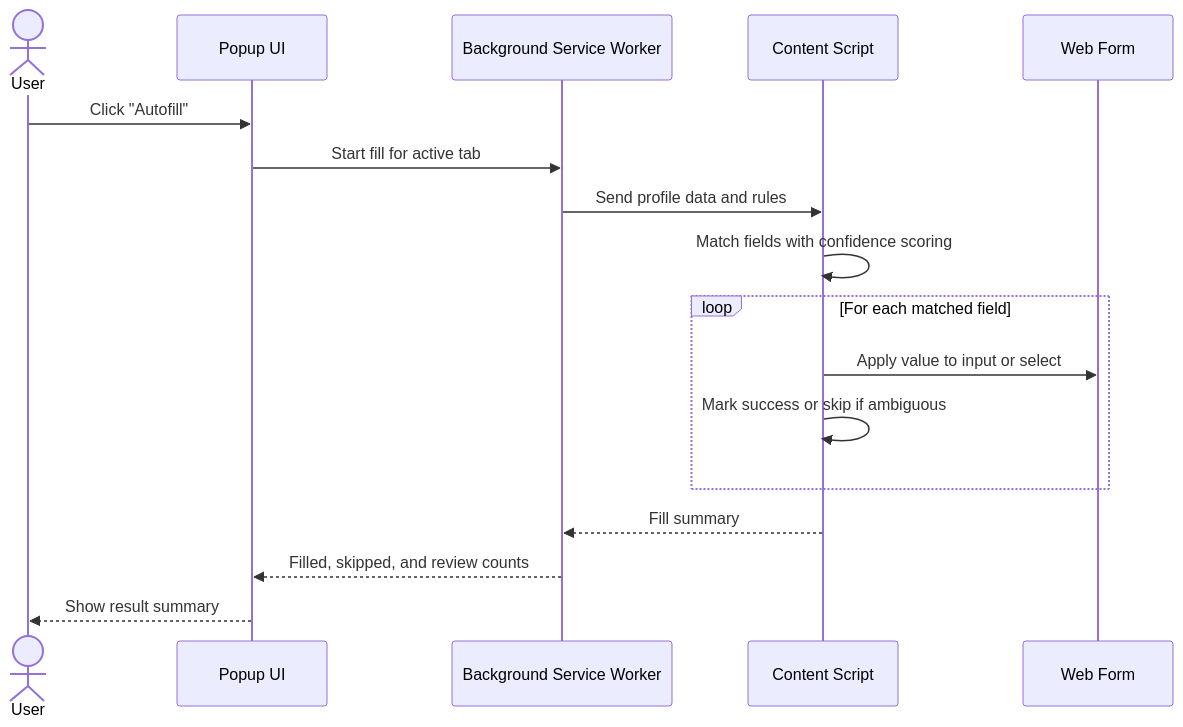
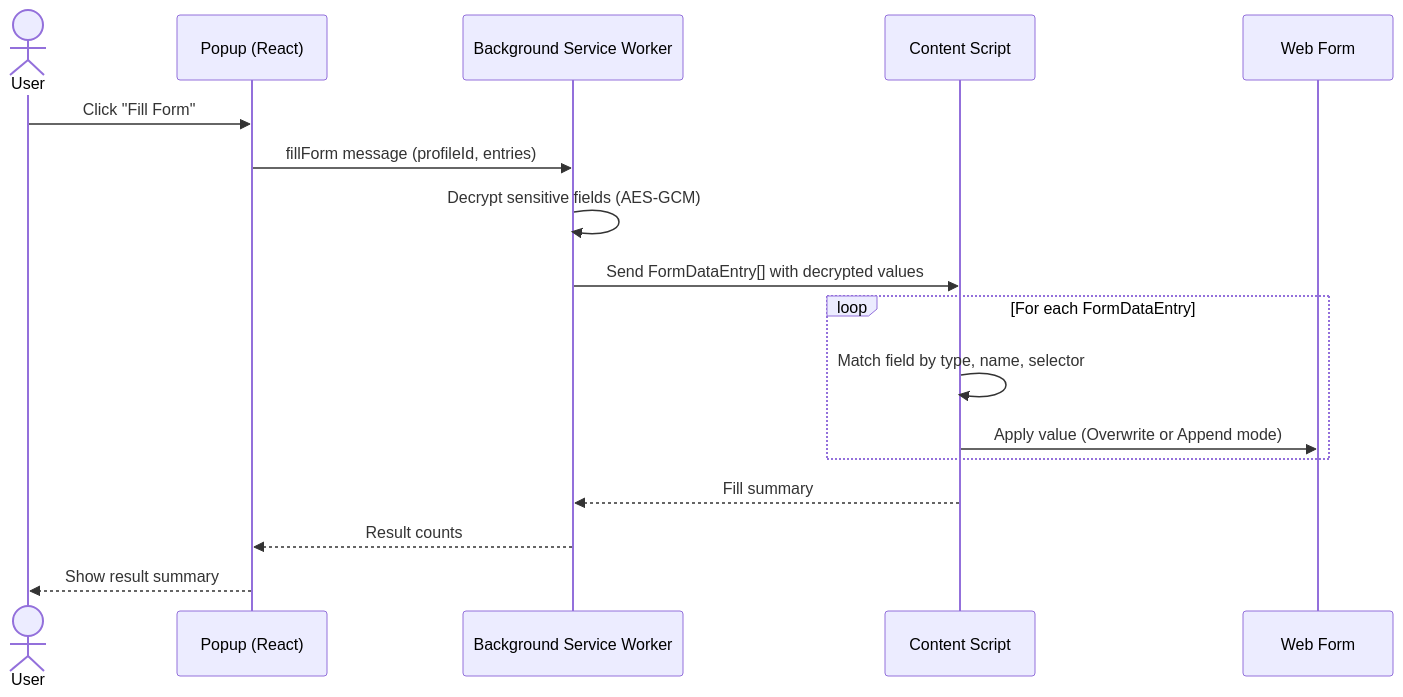
One commit to CodeCanvasCollective/.github changed the third of 8 diagrams in FLAGSHIP_PROJECT/c3-autofill/DATA_FLOW.md. Above: the diagram before and after it, drawn with Mermaid. The commit also changed other lines of this file and 2 other files, not shown here.

First line of the commit message:
Docs: update monorepo architecture & structure

````diff
--- a/FLAGSHIP_PROJECT/c3-autofill/DATA_FLOW.md
+++ b/FLAGSHIP_PROJECT/c3-autofill/DATA_FLOW.md
@@ -54,22 +52,22 @@
 ```mermaid
 sequenceDiagram
     actor U as User
-    participant POP as Popup UI
+    participant POP as Popup (React)
     participant BG as Background Service Worker
     participant CS as Content Script
     participant PAGE as Web Form
 
-    U->>POP: Click "Autofill"
-    POP->>BG: Start fill for active tab
-    BG->>CS: Send profile data and rules
-    CS->>CS: Match fields with confidence scoring
+    U->>POP: Click "Fill Form"
+    POP->>BG: fillForm message (profileId, entries)
+    BG->>BG: Decrypt sensitive fields (AES-GCM)
+    BG->>CS: Send FormDataEntry[] with decrypted values
 
-    loop For each matched field
-        CS->>PAGE: Apply value to input or select
-        CS->>CS: Mark success or skip if ambiguous
+    loop For each FormDataEntry
+        CS->>CS: Match field by type, name, selector
+        CS->>PAGE: Apply value (Overwrite or Append mode)
     end
 
     CS-->>BG: Fill summary
-    BG-->>POP: Filled, skipped, and review counts
+    BG-->>POP: Result counts
     POP-->>U: Show result summary
 ```
````
